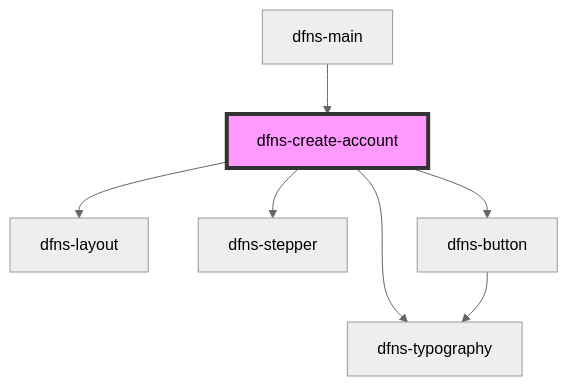
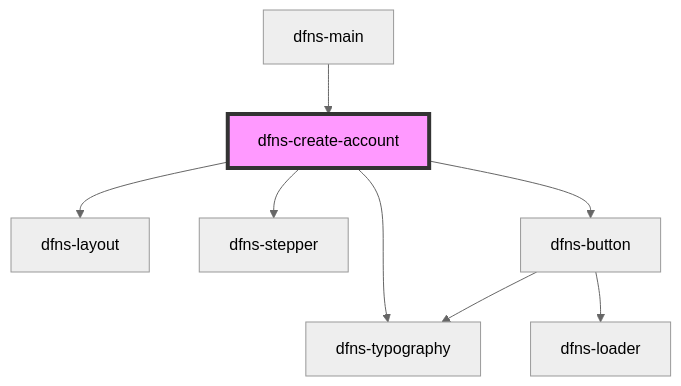
Before and after one commit to dfnsext/web-ui: the diagram in src/components/Pages/dfns-create-account/readme.md, drawn with Mermaid (neutral theme). The commit also changed 18 other files, not shown here.

````diff
--- a/src/components/Pages/dfns-create-account/readme.md
+++ b/src/components/Pages/dfns-create-account/readme.md
@@ -36,10 +36,11 @@
 ```mermaid
 graph TD;
   dfns-create-account --> dfns-layout
   dfns-create-account --> dfns-typography
   dfns-create-account --> dfns-stepper
   dfns-create-account --> dfns-button
   dfns-button --> dfns-typography
+  dfns-button --> dfns-loader
   dfns-main --> dfns-create-account
   style dfns-create-account fill:#f9f,stroke:#333,stroke-width:4px
 ```
````
